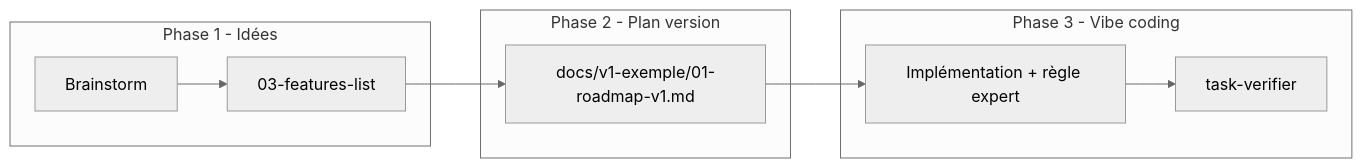
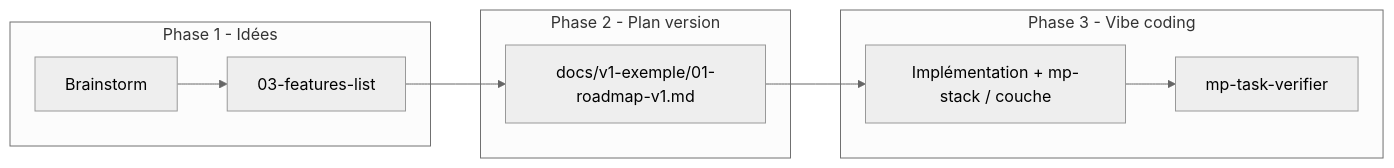
One commit to Affy657/Movie-Picker changed the diagram in docs/05-workflow-processus-et-roles.md. Above: the diagram before and after it, drawn with Mermaid (neutral theme). The commit also changed other lines of this file and 141 other files, not shown here.

````diff
--- a/docs/05-workflow-processus-et-roles.md
+++ b/docs/05-workflow-processus-et-roles.md
@@ -11,18 +11,18 @@
 ```mermaid
 flowchart LR
   subgraph phase1 [Phase 1 - Idées]
     B[Brainstorm]
     F[03-features-list]
     B --> F
   end
   subgraph phase2 [Phase 2 - Plan version]
     R[docs/v1-exemple/01-roadmap-v1.md]
     F --> R
   end
   subgraph phase3 [Phase 3 - Vibe coding]
-    I[Implémentation + règle expert]
-    V[task-verifier]
+    I[Implémentation + mp-stack / couche]
+    V[mp-task-verifier]
     I --> V
   end
   R --> I
 ```
````
